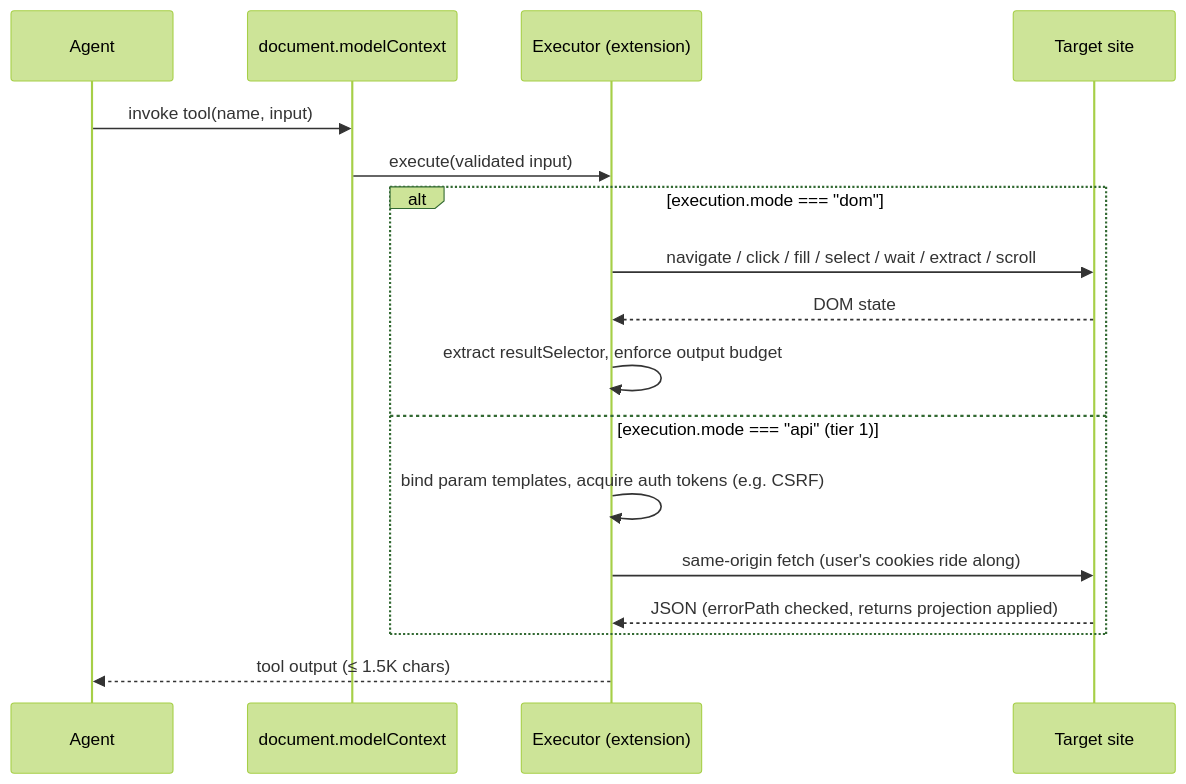
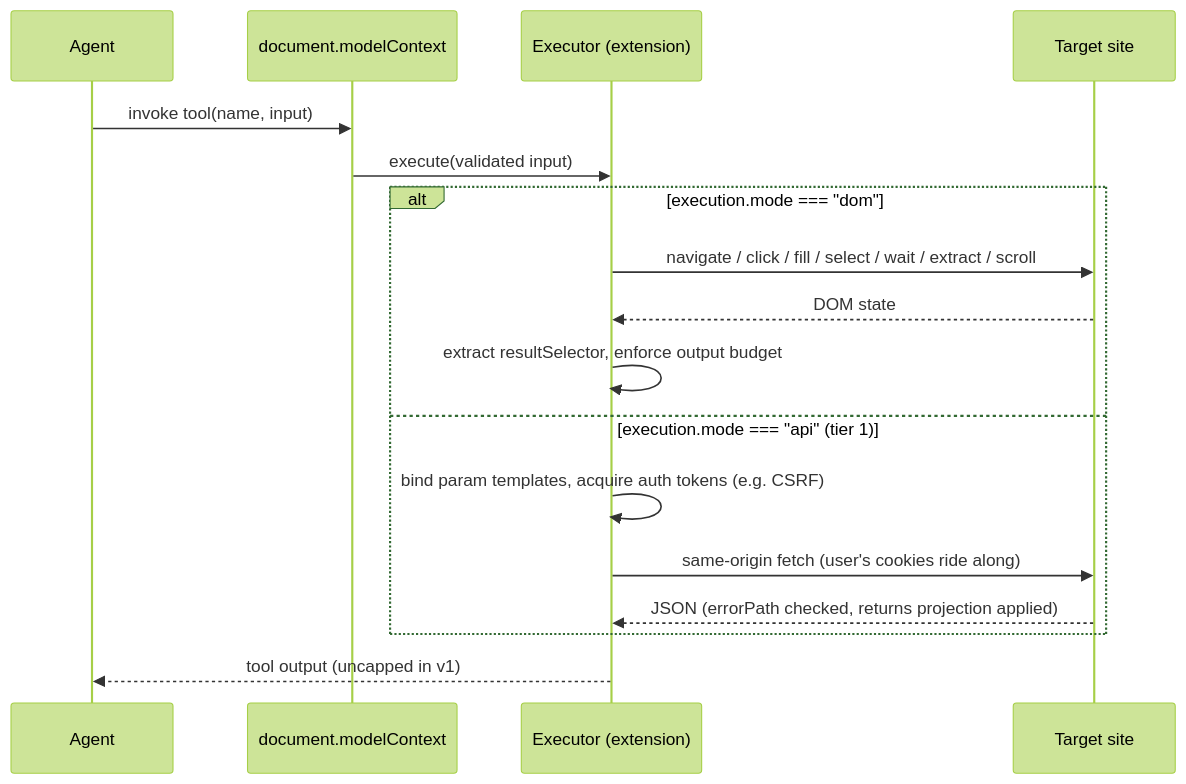
One commit to robertn702/webmcp-today changed the fourth of 5 diagrams in ARCHITECTURE.md. Above: the diagram before and after it, drawn with Mermaid (forest theme). The commit also changed other lines of this file and 7 other files, not shown here.

First line of the commit message:
feat!: remove tool-output limit for v1

````diff
--- a/ARCHITECTURE.md
+++ b/ARCHITECTURE.md
@@ -125,20 +125,20 @@
 ```mermaid
 sequenceDiagram
     participant A as Agent
     participant MC as document.modelContext
     participant EX as Executor (extension)
     participant S as Target site
 
     A->>MC: invoke tool(name, input)
     MC->>EX: execute(validated input)
     alt execution.mode === "dom"
         EX->>S: navigate / click / fill / select / wait / extract / scroll
         S-->>EX: DOM state
         EX->>EX: extract resultSelector, enforce output budget
     else execution.mode === "api" (tier 1)
         EX->>EX: bind param templates, acquire auth tokens (e.g. CSRF)
         EX->>S: same-origin fetch (user's cookies ride along)
         S-->>EX: JSON (errorPath checked, returns projection applied)
     end
-    EX-->>A: tool output (≤ 1.5K chars)
+    EX-->>A: tool output (uncapped in v1)
 ```
````
